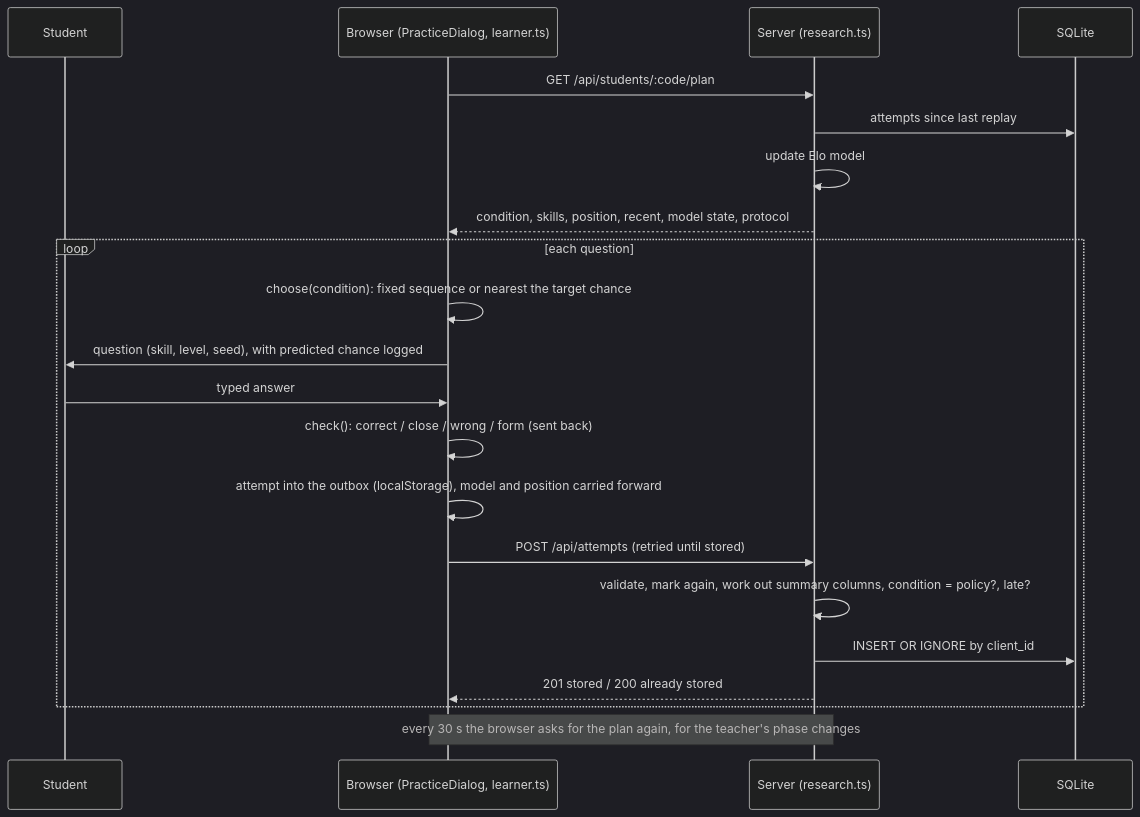
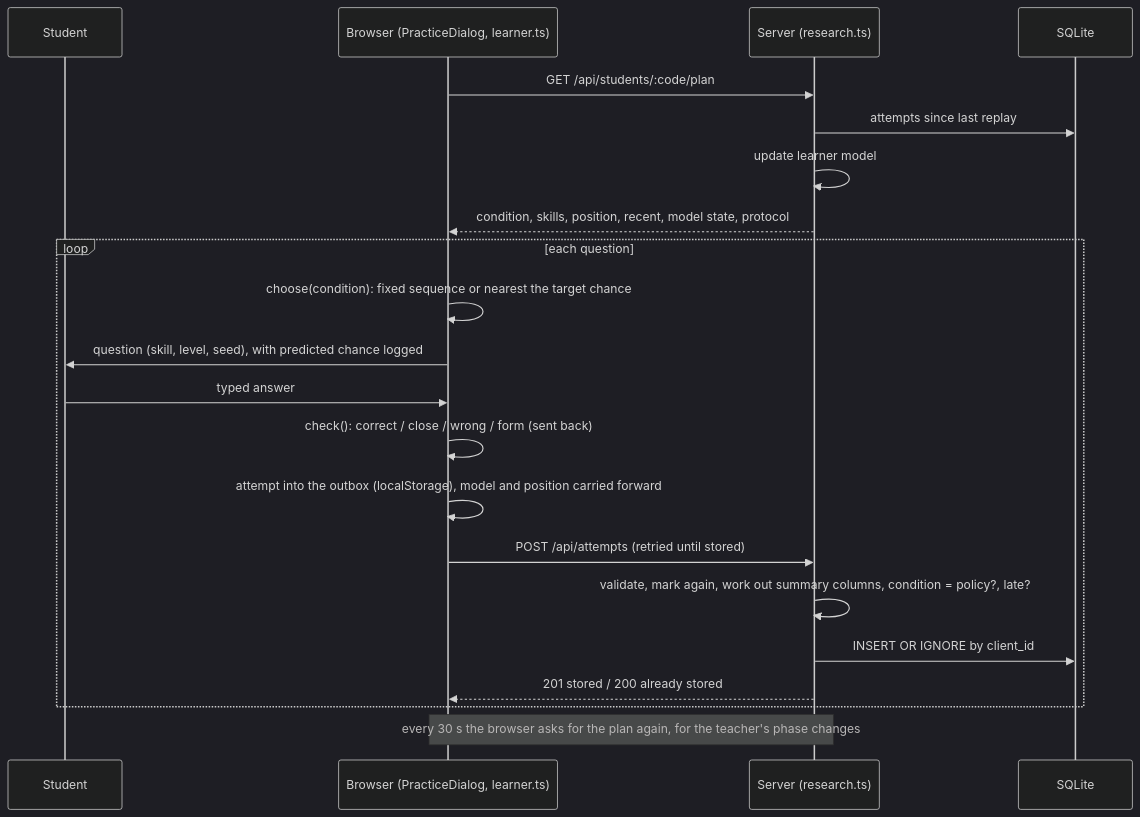
One commit to DavidTbilisi/zeno-math changed the fourth of 5 diagrams in docs/architecture.md. Above: the diagram before and after it, drawn with Mermaid (dark theme). The commit also changed other lines of this file and 16 other files, not shown here.

````diff
--- a/docs/architecture.md
+++ b/docs/architecture.md
@@ -172,23 +172,23 @@
 ```mermaid
 sequenceDiagram
   participant S as Student
   participant B as Browser (PracticeDialog, learner.ts)
   participant Z as Server (research.ts)
   participant D as SQLite
   B->>Z: GET /api/students/:code/plan
   Z->>D: attempts since last replay
-  Z->>Z: update Elo model
+  Z->>Z: update learner model
   Z-->>B: condition, skills, position, recent, model state, protocol
   loop each question
     B->>B: choose(condition): fixed sequence or nearest the target chance
     B->>S: question (skill, level, seed), with predicted chance logged
     S->>B: typed answer
     B->>B: check(): correct / close / wrong / form (sent back)
     B->>B: attempt into the outbox (localStorage), model and position carried forward
     B->>Z: POST /api/attempts (retried until stored)
     Z->>Z: validate, mark again, work out summary columns, condition = policy?, late?
     Z->>D: INSERT OR IGNORE by client_id
     Z-->>B: 201 stored / 200 already stored
   end
   Note over B,Z: every 30 s the browser asks for the plan again, for the teacher's phase changes
 ```
````
